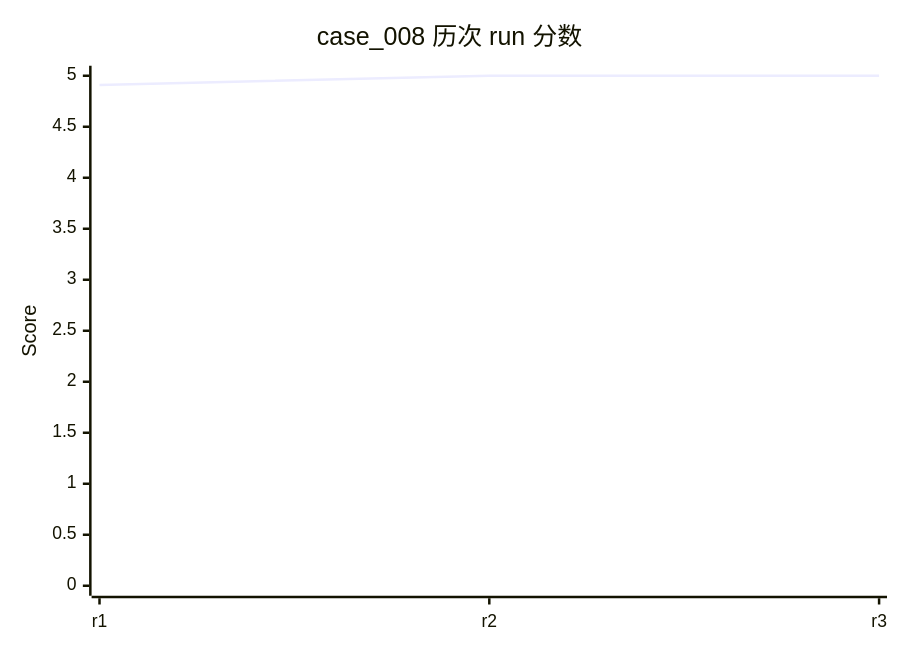
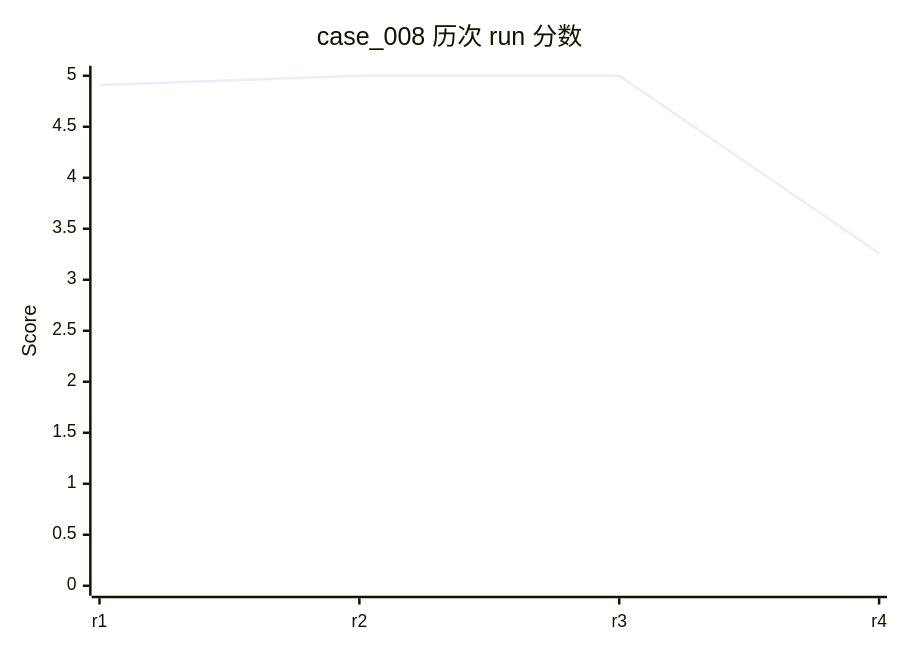
Diagram 14 of 58 in evals/DASHBOARD.md (rushengzhou/sid-code), drawn with Mermaid before and after one commit. The commit also changed other lines of this file and 34 other files, not shown here.

````diff
--- a/evals/DASHBOARD.md
+++ b/evals/DASHBOARD.md
@@ -338,7 +343,7 @@
 ```mermaid
 xychart-beta
     title "case_008 历次 run 分数"
-    x-axis [r1, r2, r3]
+    x-axis [r1, r2, r3, r4]
     y-axis "Score" 0 --> 5
-    line [4.91, 5.00, 5.00]
+    line [4.91, 5.00, 5.00, 3.26]
 ```
````
